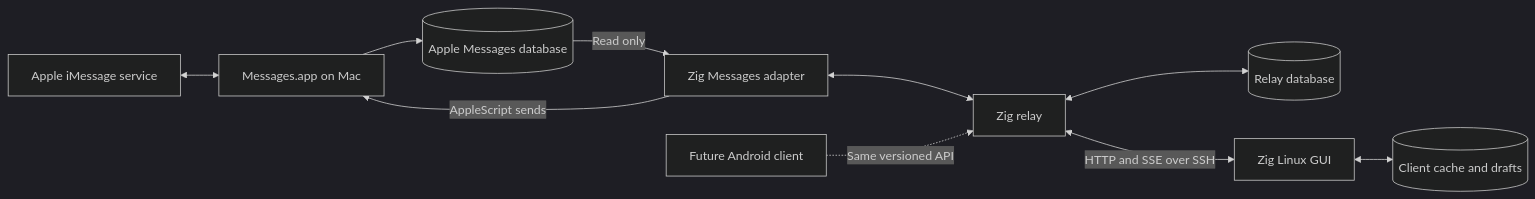
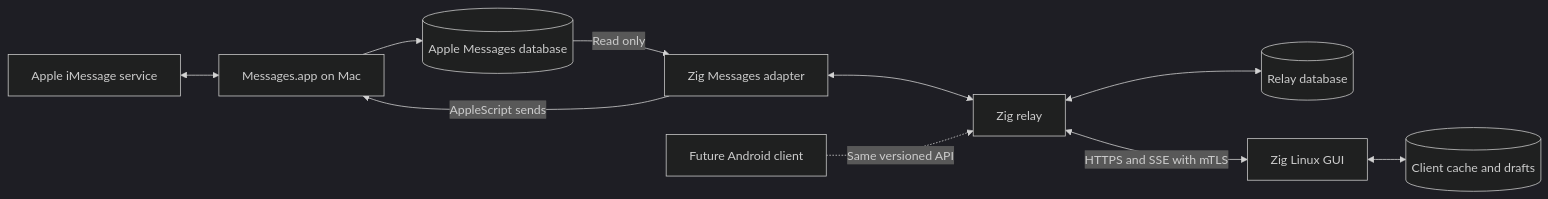
Before and after one commit to hspak/zimbr: the diagram in DESIGN.md, drawn with Mermaid (dark theme). The commit also changed other lines of this file and 23 other files, not shown here.

````diff
--- a/DESIGN.md
+++ b/DESIGN.md
@@ -28,12 +30,12 @@
 ```mermaid
 flowchart LR
     Apple[Apple iMessage service] <--> Messages[Messages.app on Mac]
     Messages --> AppleDb[(Apple Messages database)]
     AppleDb -->|Read only| Adapter[Zig Messages adapter]
     Adapter -->|AppleScript sends| Messages
     Adapter <--> Relay[Zig relay]
     Relay <--> Journal[(Relay database)]
-    Relay <-->|HTTP and SSE over SSH| Linux[Zig Linux GUI]
+    Relay <-->|HTTPS and SSE with mTLS| Linux[Zig Linux GUI]
     Linux <--> Cache[(Client cache and drafts)]
     Android[Future Android client] -.->|Same versioned API| Relay
 ```
````
